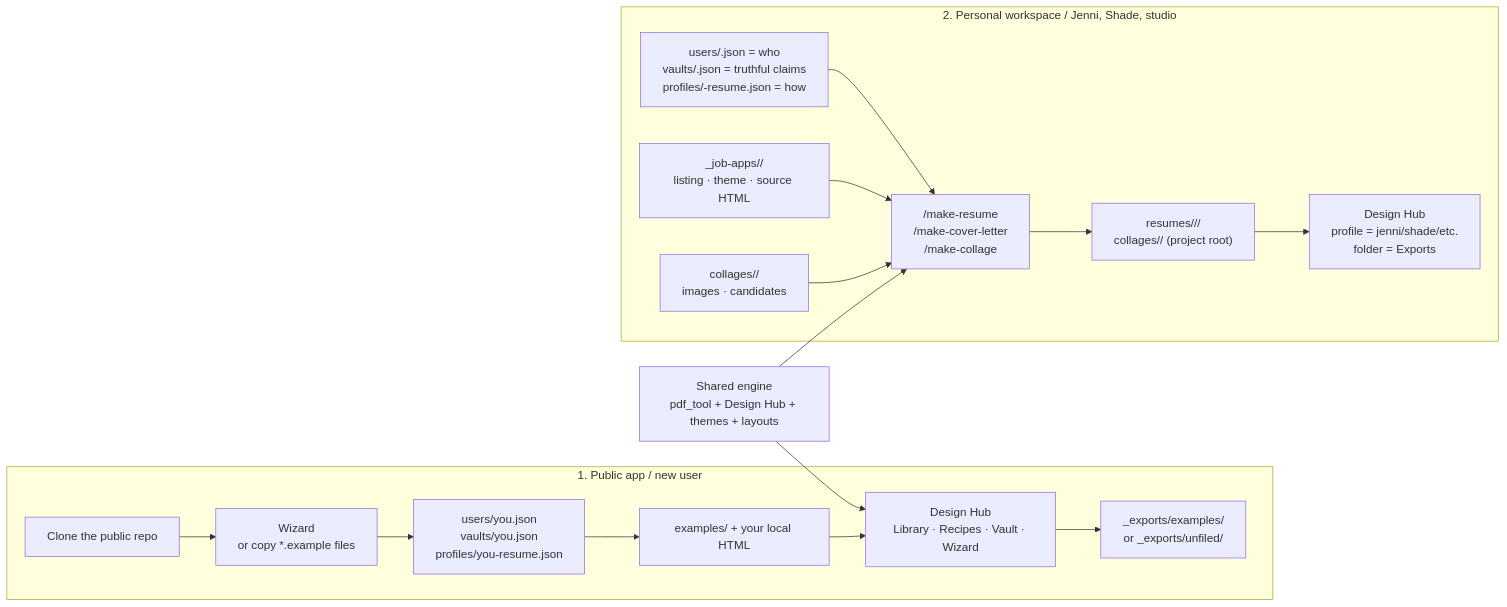
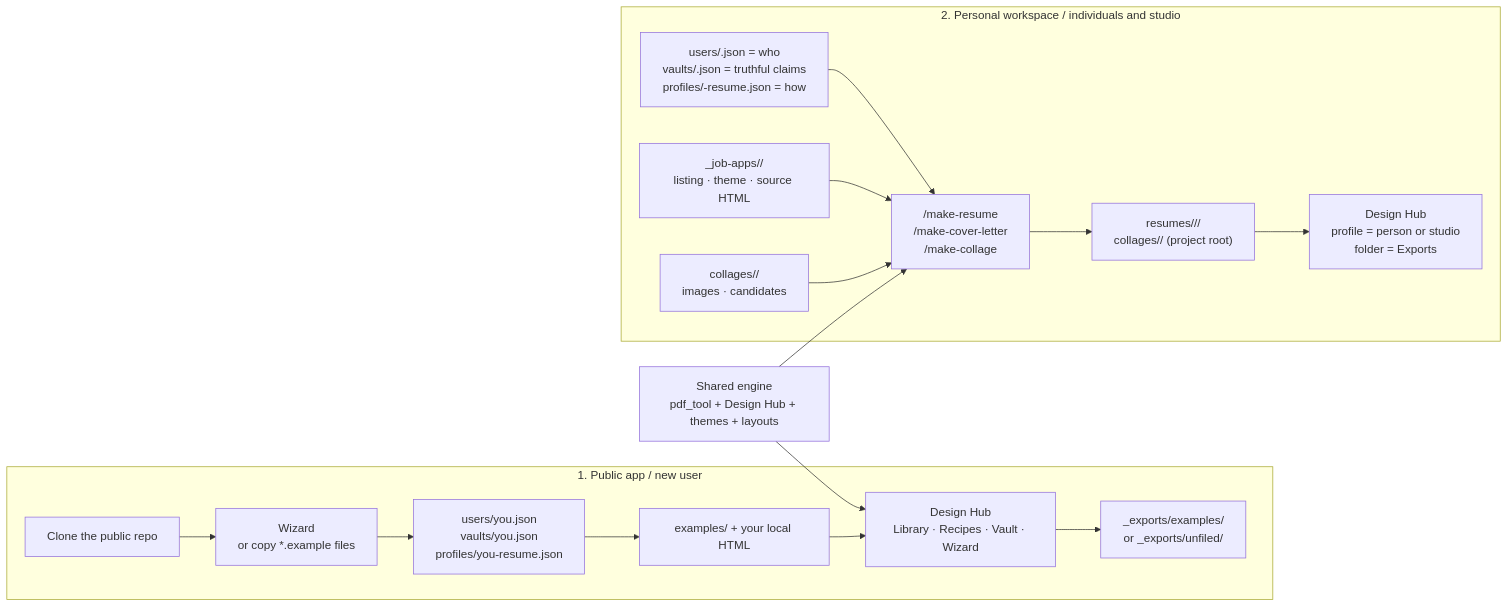
The diagram in docs/WORKSPACE-LAYOUT.md (jenninexus/pdf-designer), drawn with Mermaid before and after one commit. The commit also changed other lines of this file and 34 other files, not shown here.

Commit message:
feat: separate private workspace docs and add local application helper

````diff
--- a/docs/WORKSPACE-LAYOUT.md
+++ b/docs/WORKSPACE-LAYOUT.md
@@ -15,28 +15,28 @@
 ```mermaid
 flowchart LR
   Engine["Shared engine<br/>pdf_tool + Design Hub + themes + layouts"]
 
   subgraph Public["1. Public app / new user"]
     Clone["Clone the public repo"] --> Setup["Wizard<br/>or copy *.example files"]
     Setup --> Seeds["users/you.json<br/>vaults/you.json<br/>profiles/you-resume.json"]
     Seeds --> PublicSource["examples/ + your local HTML"]
     PublicSource --> PublicHub["Design Hub<br/>Library · Recipes · Vault · Wizard"]
     PublicHub --> PublicOut["_exports/examples/<br/>or _exports/unfiled/"]
   end
 
-  subgraph Personal["2. Personal workspace / Jenni, Shade, studio"]
+  subgraph Personal["2. Personal workspace / individuals and studio"]
     Identity["users/<user>.json = who<br/>vaults/<user>.json = truthful claims<br/>profiles/<user>-resume.json = how"]
     Job["_job-apps/<application>/<br/>listing · theme · source HTML"]
     Collage["collages/<project>/<br/>images · candidates"]
     Commands["/make-resume<br/>/make-cover-letter<br/>/make-collage"]
-    PrivateHub["Design Hub<br/>profile = jenni/shade/etc.<br/>folder = Exports"]
+    PrivateHub["Design Hub<br/>profile = person or studio<br/>folder = Exports"]
     PrivateOut["resumes/<user>/<application>/<br/>collages/<project>/ (project root)"]
     Identity --> Commands
     Job --> Commands
     Collage --> Commands
     Commands --> PrivateOut --> PrivateHub
   end
 
   Engine --> PublicHub
   Engine --> Commands
 ```
````
